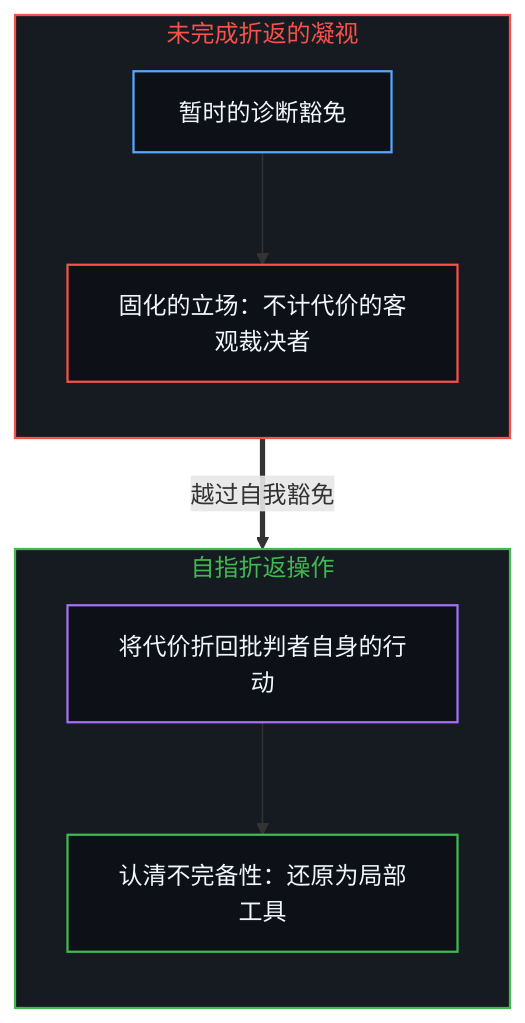
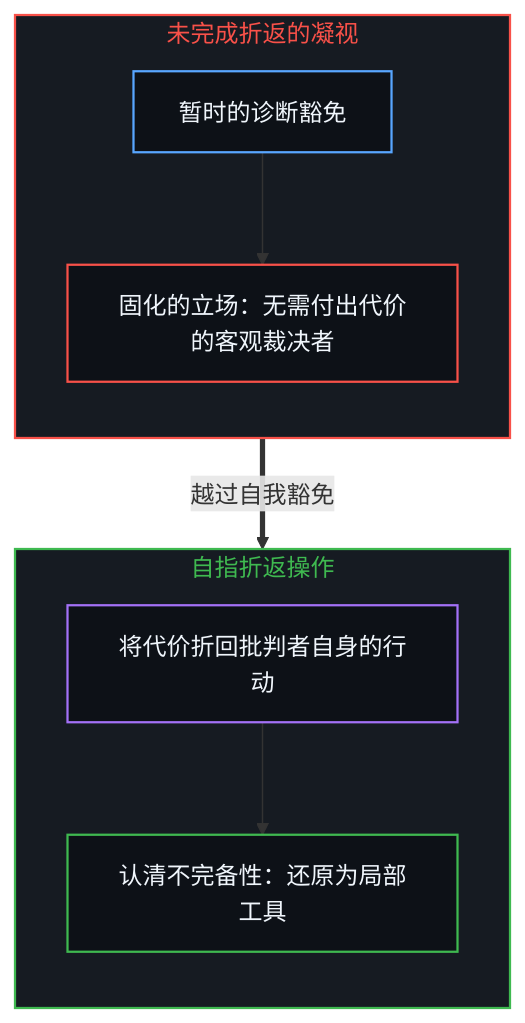
Before and after one commit to powerpig99/not-a-toe: the third of 4 diagrams in content/posts/sowell-observed-the-surface-problem.md, drawn with Mermaid. The commit also changed other lines of this file and 8 other files, not shown here.

````diff
--- a/content/posts/sowell-observed-the-surface-problem.md
+++ b/content/posts/sowell-observed-the-surface-problem.md
@@ -91,24 +91,24 @@
 ```mermaid
 flowchart TD
     classDef default fill:#0d1117,stroke:#30363d,stroke-width:1px,color:#f0f6fc;
     classDef mind fill:#0d1117,stroke:#3fb950,stroke-width:1.5px,color:#f0f6fc;
     classDef warn fill:#0d1117,stroke:#d29922,stroke-width:1.5px,color:#f0f6fc;
     classDef fail fill:#0d1117,stroke:#f85149,stroke-width:1.5px,color:#f0f6fc;
     classDef model fill:#0d1117,stroke:#58a6ff,stroke-width:1.5px,color:#f0f6fc;
     classDef purple fill:#0d1117,stroke:#a371f7,stroke-width:1.5px,color:#f0f6fc;
     subgraph S_Exempt ["未完成折返的凝视"]
         direction TB
         Balcony["暂时的诊断豁免"]:::model
-        FrozenStand["固化的立场：不计代价的客观裁决者"]:::fail
+        FrozenStand["固化的立场：无需付出代价的客观裁决者"]:::fail
         Balcony --> FrozenStand
     end
     subgraph S_Fold ["自指折返操作"]
         direction TB
         ReturnAct["将代价折回批判者自身的行动"]:::purple
         LocalScaffold["认清不完备性：还原为局部工具"]:::mind
         ReturnAct --> LocalScaffold
     end
     S_Exempt ==> |越过自我豁免| S_Fold
     style S_Exempt fill:#161b22,stroke:#f85149,stroke-width:1.5px,color:#f85149
     style S_Fold fill:#161b22,stroke:#3fb950,stroke-width:1.5px,color:#3fb950
 ```
````
